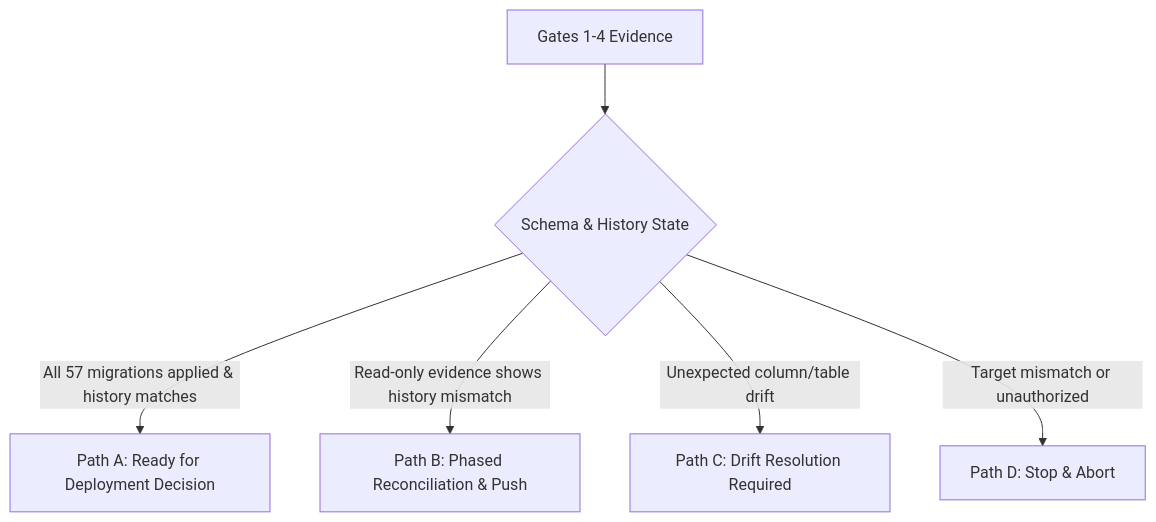
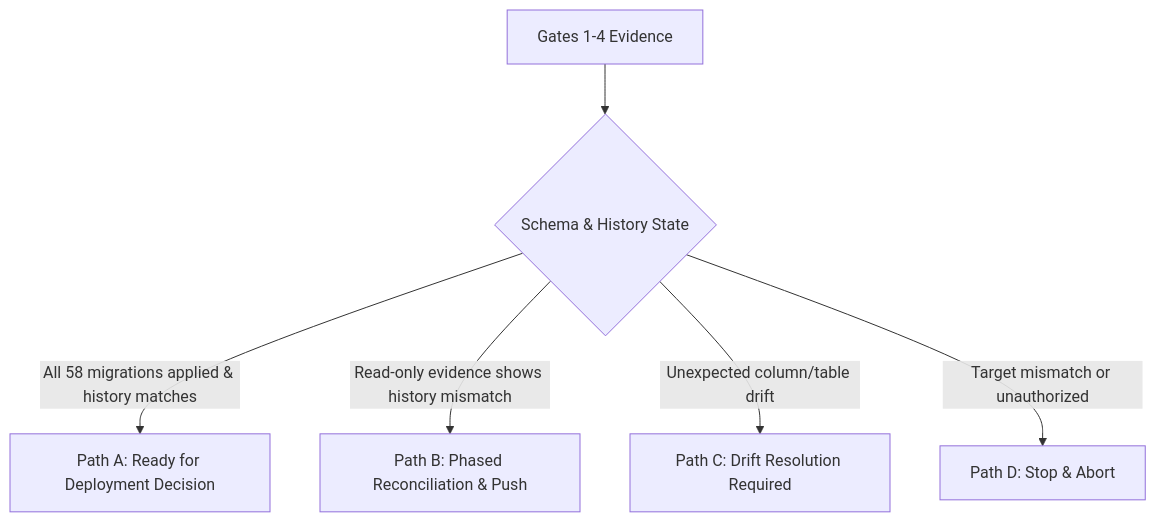
Before and after one commit to acmis1/capstone-impact-platform: the diagram in infra/supabase/staging-reconciliation-runbook.md, drawn with Mermaid. The commit also changed other lines of this file and 18 other files, not shown here.

````diff
--- a/infra/supabase/staging-reconciliation-runbook.md
+++ b/infra/supabase/staging-reconciliation-runbook.md
@@ -251,8 +255,8 @@
 ```mermaid
 flowchart TD
     G[Gates 1-4 Evidence] --> C{Schema & History State}
-    C -->|All 57 migrations applied & history matches| PA[Path A: Ready for Deployment Decision]
+    C -->|All 58 migrations applied & history matches| PA[Path A: Ready for Deployment Decision]
     C -->|Read-only evidence shows history mismatch| PB[Path B: Phased Reconciliation & Push]
     C -->|Unexpected column/table drift| PC[Path C: Drift Resolution Required]
     C -->|Target mismatch or unauthorized| PD[Path D: Stop & Abort]
 ```
````
